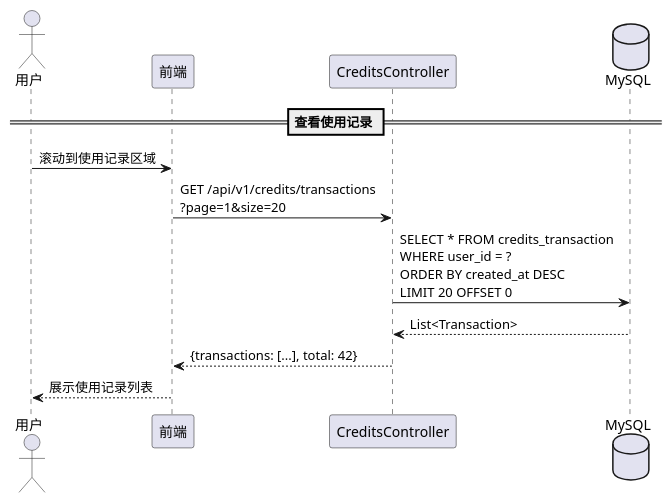
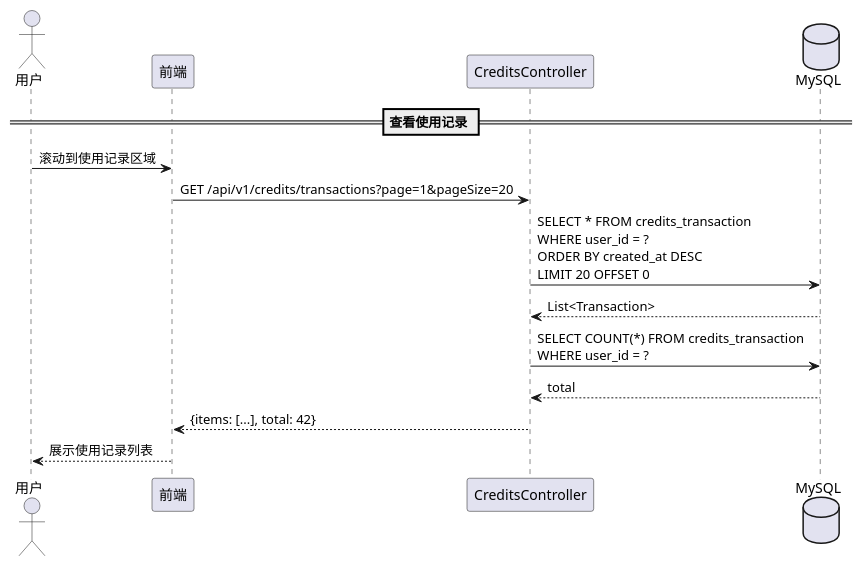
Before and after one commit to liluqing/farvis-harness: the fifth of 6 diagrams in Docs/iterations/2026-06-19_积分体系_v1.0/tech-design.md, drawn with PlantUML. The commit also changed other lines of this file and 1 other file, not shown here.

````diff
--- a/Docs/iterations/2026-06-19_积分体系_v1.0/tech-design.md
+++ b/Docs/iterations/2026-06-19_积分体系_v1.0/tech-design.md
@@ -276,18 +376,20 @@
 ```plantuml
 @startuml
 actor 用户
 participant "前端" as FE
 participant "CreditsController" as Ctrl
 database "MySQL" as DB
 
 == 查看使用记录 ==
 用户 -> FE: 滚动到使用记录区域
-FE -> Ctrl: GET /api/v1/credits/transactions\n?page=1&size=20
+FE -> Ctrl: GET /api/v1/credits/transactions?page=1&pageSize=20
 
 Ctrl -> DB: SELECT * FROM credits_transaction\nWHERE user_id = ?\nORDER BY created_at DESC\nLIMIT 20 OFFSET 0
 DB --> Ctrl: List<Transaction>
-Ctrl --> FE: {transactions: [...], total: 42}
+Ctrl -> DB: SELECT COUNT(*) FROM credits_transaction\nWHERE user_id = ?
+DB --> Ctrl: total
+Ctrl --> FE: {items: [...], total: 42}
 FE --> 用户: 展示使用记录列表
 
 @enduml
 ```
````
